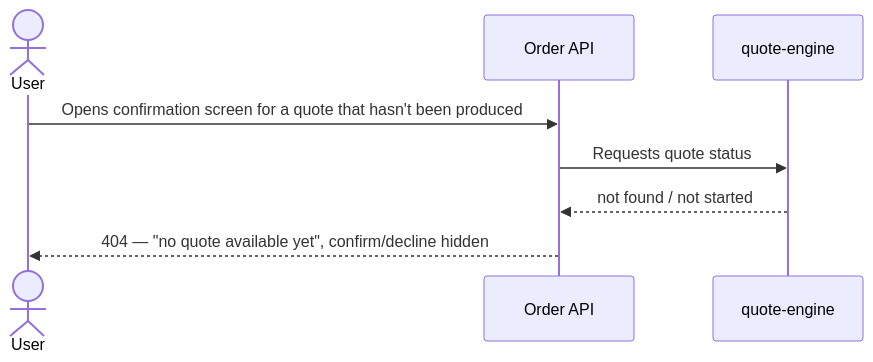
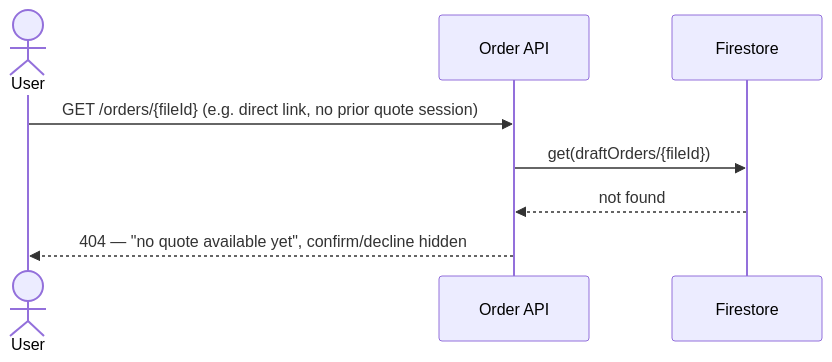
The fifth of 8 diagrams in docs/features/order-confirmation/sad.md (yahacom/print-marketplace), drawn with Mermaid before and after one commit. The commit also changed other lines of this file and 7 other files, not shown here.

````diff
--- a/docs/features/order-confirmation/sad.md
+++ b/docs/features/order-confirmation/sad.md
@@ -173,10 +190,10 @@
 ```mermaid
 sequenceDiagram
     actor User
     participant API as Order API
-    participant QE as quote-engine
-    User->>API: Opens confirmation screen for a quote that hasn't been produced
-    API->>QE: Requests quote status
-    QE-->>API: not found / not started
+    participant FS as Firestore
+    User->>API: GET /orders/{fileId} (e.g. direct link, no prior quote session)
+    API->>FS: get(draftOrders/{fileId})
+    FS-->>API: not found
     API-->>User: 404 — "no quote available yet", confirm/decline hidden
 ```
````
